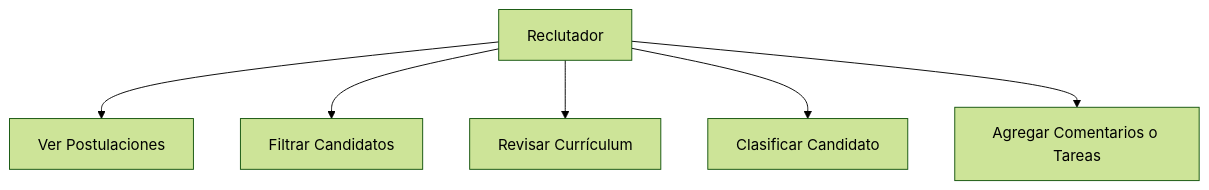
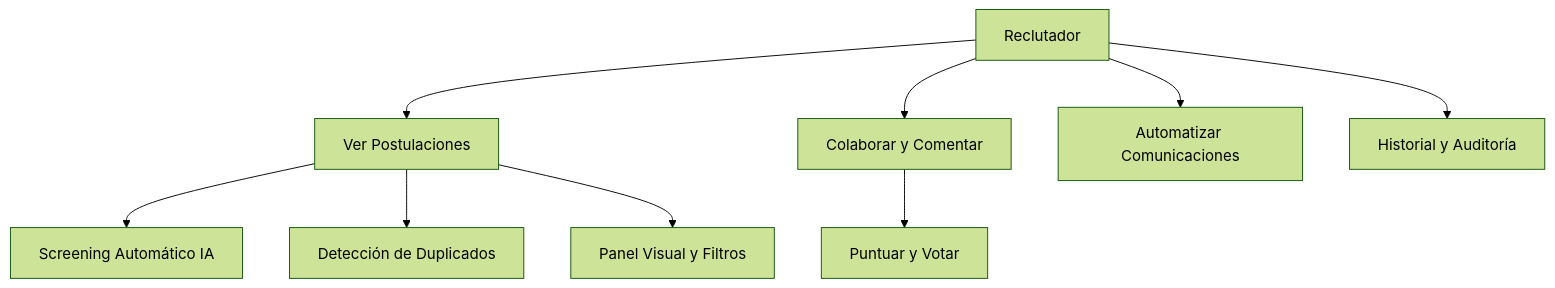
The second of 8 diagrams in LTI-JFG.md (LIDR-academy/AI4Devs-design-1-RO-1), drawn with Mermaid (forest theme) before and after one commit. The commit also changed other lines of this file, not shown here.

````diff
--- a/LTI-JFG.md
+++ b/LTI-JFG.md
@@ -159,8 +181,11 @@
 ```mermaid
 graph TD;
     A[Reclutador] --> B[Ver Postulaciones]
-    A --> C[Filtrar Candidatos]
-    A --> D[Revisar Currículum]
-    A --> E[Clasificar Candidato]
-    A --> F[Agregar Comentarios o Tareas]
+    B --> C[Screening Automático IA]
+    B --> D[Detección de Duplicados]
+    B --> E[Panel Visual y Filtros]
+    A --> F[Colaborar y Comentar]
+    F --> G[Puntuar y Votar]
+    A --> H[Automatizar Comunicaciones]
+    A --> I[Historial y Auditoría]
 ```
````
